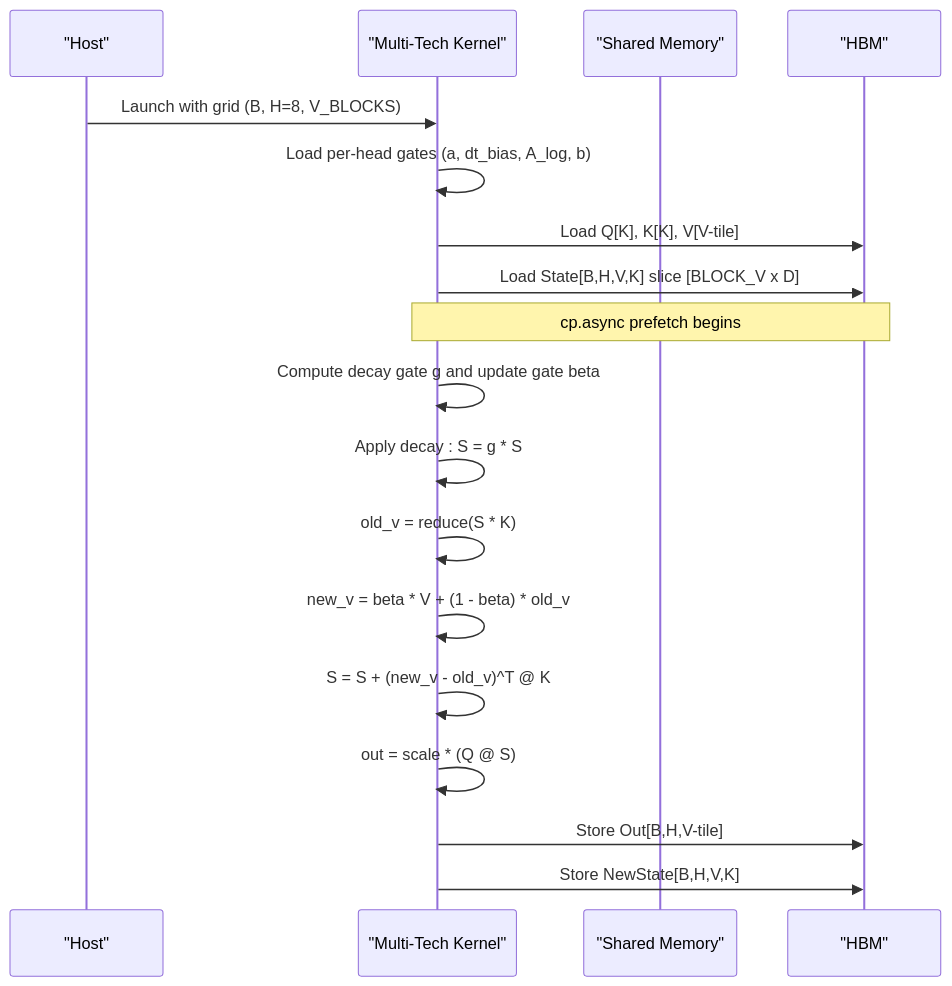
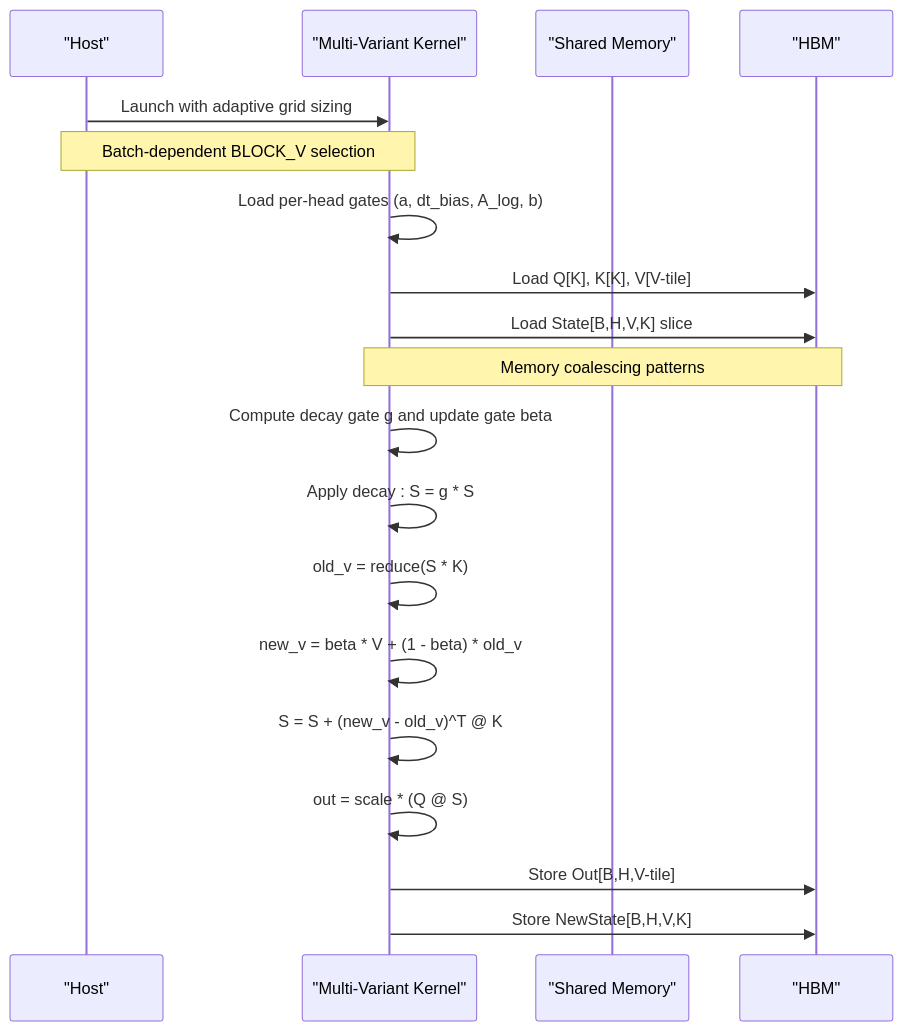
The second of 4 diagrams in .qoder/repowiki/en/content/Core Kernels/GDN Decode Kernel.md (gugudeshubao/flashinfer-bench-tma-thrust), drawn with Mermaid before and after one commit. The commit also changed other lines of this file and 23 other files, not shown here.

````diff
--- a/.qoder/repowiki/en/content/Core Kernels/GDN Decode Kernel.md
+++ b/.qoder/repowiki/en/content/Core Kernels/GDN Decode Kernel.md
@@ -149,20 +97,21 @@
 ```mermaid
 sequenceDiagram
 participant Host as "Host"
-participant Kernel as "Multi-Tech Kernel"
+participant Kernel as "Multi-Variant Kernel"
 participant SMem as "Shared Memory"
 participant HBM as "HBM"
-Host->>Kernel : Launch with grid (B, H=8, V_BLOCKS)
+Host->>Kernel : Launch with adaptive grid sizing
+Note over Host,Kernel : Batch-dependent BLOCK_V selection
 Kernel->>Kernel : Load per-head gates (a, dt_bias, A_log, b)
 Kernel->>HBM : Load Q[K], K[K], V[V-tile]
-Kernel->>HBM : Load State[B,H,V,K] slice [BLOCK_V x D]
-Note over Kernel,HBM : cp.async prefetch begins
+Kernel->>HBM : Load State[B,H,V,K] slice
+Note over Kernel,HBM : Memory coalescing patterns
 Kernel->>Kernel : Compute decay gate g and update gate beta
 Kernel->>Kernel : Apply decay : S = g * S
 Kernel->>Kernel : old_v = reduce(S * K)
 Kernel->>Kernel : new_v = beta * V + (1 - beta) * old_v
 Kernel->>Kernel : S = S + (new_v - old_v)^T @ K
 Kernel->>Kernel : out = scale * (Q @ S)
 Kernel->>HBM : Store Out[B,H,V-tile]
 Kernel->>HBM : Store NewState[B,H,V,K]
 ```
````
